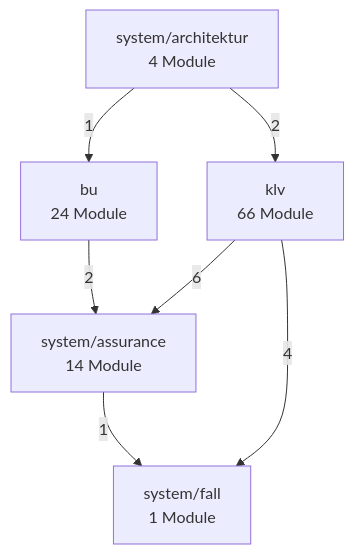
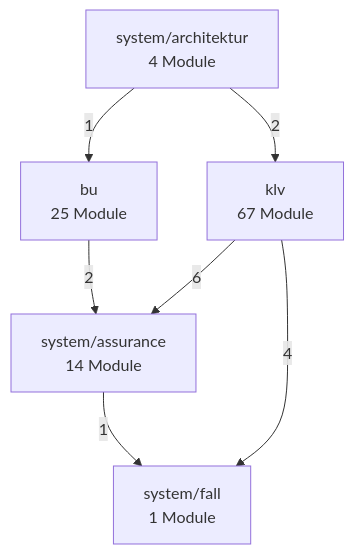
Before and after one commit to bartlmac/rechner-pipeline: the second of 3 diagrams in docs/architektur/landkarte.md, drawn with Mermaid. The commit also changed other lines of this file and 2 other files, not shown here.

````diff
--- a/docs/architektur/landkarte.md
+++ b/docs/architektur/landkarte.md
@@ -73,15 +73,15 @@
 ```mermaid
 %% Fachknoten — erzeugt von ontologie.landkarte
 flowchart TD
-    bu["bu<br/>24 Module"]
-    klv["klv<br/>66 Module"]
+    bu["bu<br/>25 Module"]
+    klv["klv<br/>67 Module"]
     system_architektur["system/architektur<br/>4 Module"]
     system_assurance["system/assurance<br/>14 Module"]
     system_fall["system/fall<br/>1 Module"]
     bu -- 2 --> system_assurance
     klv -- 6 --> system_assurance
     klv -- 4 --> system_fall
     system_architektur -- 1 --> bu
     system_architektur -- 2 --> klv
     system_assurance -- 1 --> system_fall
 ```
````
